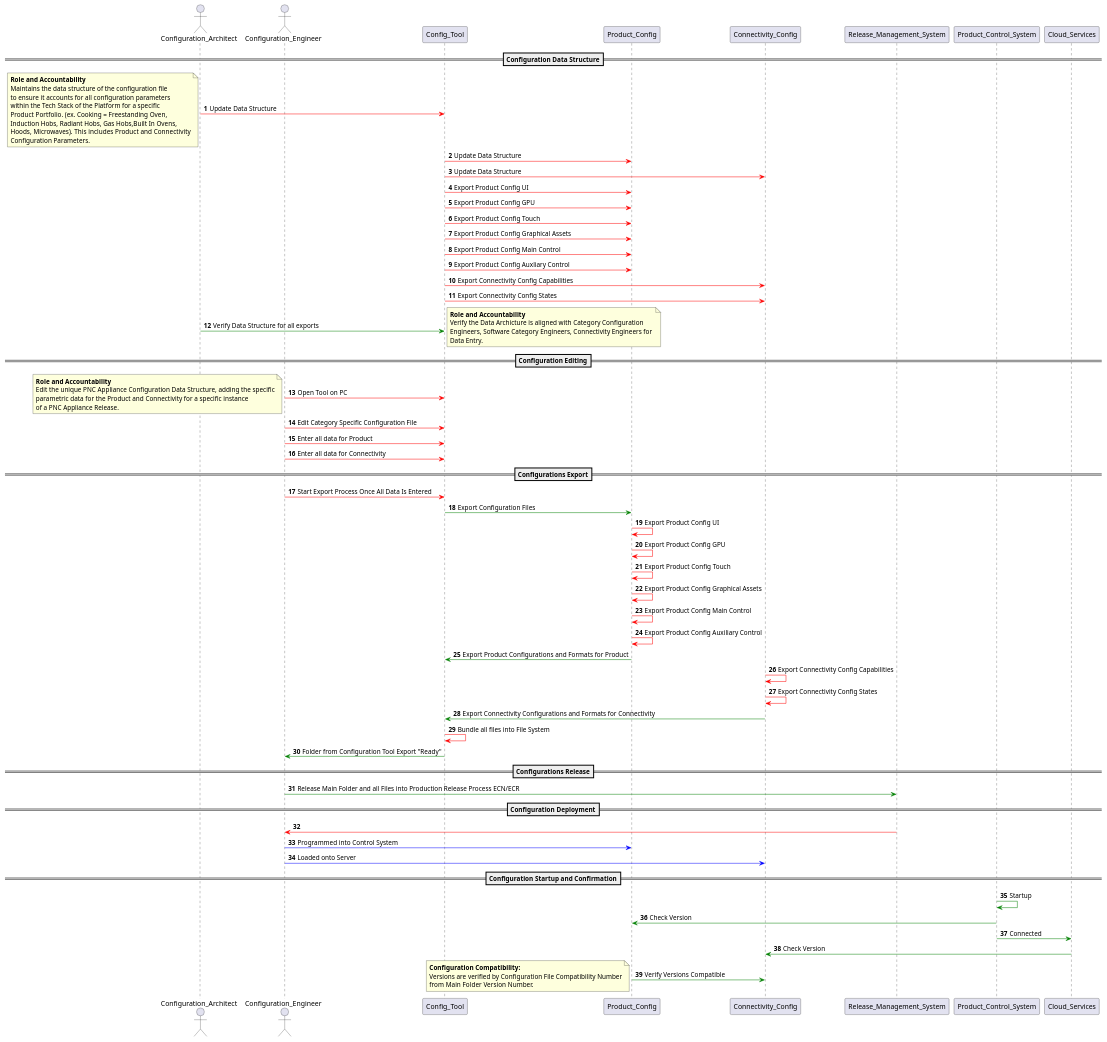
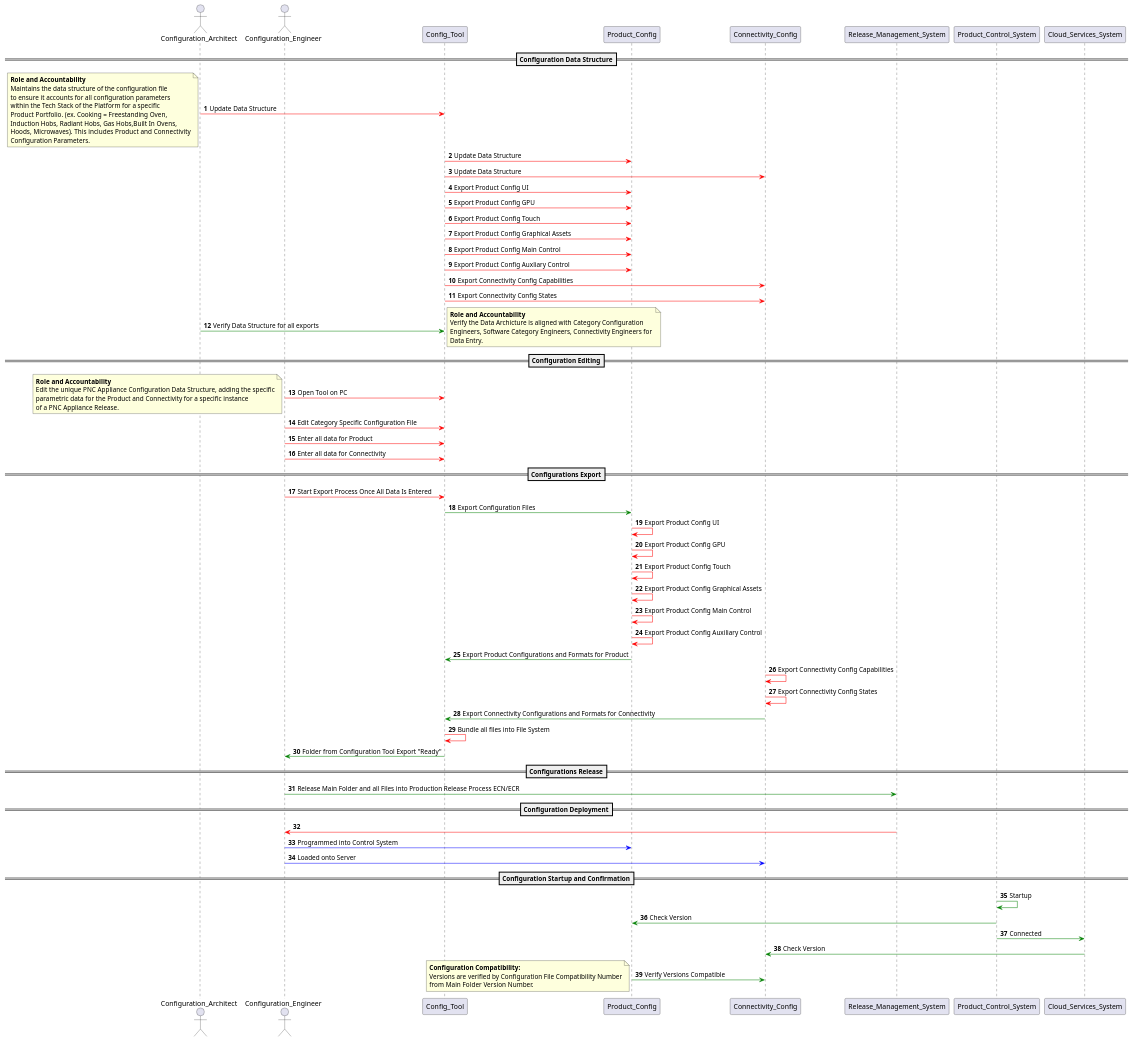
One commit to wjelston/wallaceelston.github.io changed the diagram in configurations_and_capabilities/document_formats/config_process.wsd. Above: the diagram before and after it, drawn with PlantUML. The commit also changed 2 other files, not shown here.

```diff
--- a/configurations_and_capabilities/document_formats/config_process.wsd
+++ b/configurations_and_capabilities/document_formats/config_process.wsd
@@ -1,95 +1,95 @@
 @startuml configuration_process
 
 
     autonumber
     actor Configuration_Architect
     actor Configuration_Engineer
 
     ==Configuration Data Structure==
 
     Configuration_Architect -[#red]> Config_Tool : Update Data Structure
     note left 
     **Role and Accountability**
     Maintains the data structure of the configuration file
     to ensure it accounts for all configuration parameters 
     within the Tech Stack of the Platform for a specific 
     Product Portfolio. (ex. Cooking = Freestanding Oven, 
     Induction Hobs, Radiant Hobs, Gas Hobs,Built In Ovens, 
     Hoods, Microwaves).  This includes Product and Connectivity
     Configuration Parameters.
     end note
 
     Config_Tool -[#red]> Product_Config : Update Data Structure
     Config_Tool -[#red]> Connectivity_Config : Update Data Structure
     Config_Tool -[#red]> Product_Config: Export Product Config UI
     Config_Tool -[#red]> Product_Config: Export Product Config GPU
     Config_Tool -[#red]> Product_Config: Export Product Config Touch
     Config_Tool -[#red]> Product_Config: Export Product Config Graphical Assets
     Config_Tool -[#red]> Product_Config: Export Product Config Main Control
     Config_Tool -[#red]> Product_Config: Export Product Config Auxliary Control
     Config_Tool -[#red]> Connectivity_Config: Export Connectivity Config Capabilities
     Config_Tool -[#red]> Connectivity_Config: Export Connectivity Config States
     Configuration_Architect -[#Green]> Config_Tool: Verify Data Structure for all exports
     note right
     **Role and Accountability**
     Verify the Data Archicture is aligned with Category Configuration
     Engineers, Software Category Engineers, Connectivity Engineers for 
     Data Entry.
     end note
 
     ==Configuration Editing==
 
     Configuration_Engineer -[#red]> Config_Tool : Open Tool on PC
     note left
     **Role and Accountability**
     Edit the unique PNC Appliance Configuration Data Structure, adding the specific
     parametric data for the Product and Connectivity for a specific instance
     of a PNC Appliance Release.
     end note
     Configuration_Engineer -[#red]> Config_Tool : Edit Category Specific Configuration File
     Configuration_Engineer -[#red]> Config_Tool : Enter all data for Product
     Configuration_Engineer -[#red]> Config_Tool : Enter all data for Connectivity
 
     ==Configurations Export==
 
     Configuration_Engineer -[#red]> Config_Tool : Start Export Process Once All Data Is Entered
     Config_Tool -[#Green]> Product_Config: Export Configuration Files
     Product_Config -[#red]> Product_Config: Export Product Config UI
     Product_Config -[#red]> Product_Config: Export Product Config GPU
     Product_Config -[#red]> Product_Config: Export Product Config Touch
     Product_Config -[#red]> Product_Config: Export Product Config Graphical Assets
     Product_Config -[#red]> Product_Config: Export Product Config Main Control
     Product_Config -[#red]> Product_Config: Export Product Config Auxiliary Control
     Product_Config -[#green]> Config_Tool: Export Product Configurations and Formats for Product
     Connectivity_Config -[#red]> Connectivity_Config: Export Connectivity Config Capabilities
     Connectivity_Config -[#red]> Connectivity_Config: Export Connectivity Config States
     Connectivity_Config -[#green]> Config_Tool: Export Connectivity Configurations and Formats for Connectivity
     Config_Tool -[#red]> Config_Tool: Bundle all files into File System
     Config_Tool -[#Green]> Configuration_Engineer: Folder from Configuration Tool Export "Ready"
     
     ==Configurations Release==
     
     Configuration_Engineer -[#Green]> Release_Management_System: Release Main Folder and all Files into Production Release Process ECN/ECR
     
     ==Configuration Deployment==
 
     Release_Management_System -[#red]> Configuration_Engineer
     Configuration_Engineer -[#blue]> Product_Config: Programmed into Control System
     Configuration_Engineer -[#blue]> Connectivity_Config: Loaded onto Server
 
     ==Configuration Startup and Confirmation==
 
     Product_Control_System -[#Green]> Product_Control_System: Startup
     Product_Control_System -[#Green]> Product_Config: Check Version
-    Product_Control_System -[#Green]> Cloud_Services: Connected
-    Cloud_Services -[#Green]> Connectivity_Config: Check Version 
+    Product_Control_System -[#Green]> Cloud_Services_System: Connected
+    Cloud_Services_System -[#Green]> Connectivity_Config: Check Version 
     Product_Config -[#Green]> Connectivity_Config: Verify Versions Compatible
 
 
     note left 
     **Configuration Compatibility:**
     Versions are verified by Configuration File Compatibility Number
     from Main Folder Version Number.
     end note
     
 @enduml
```
